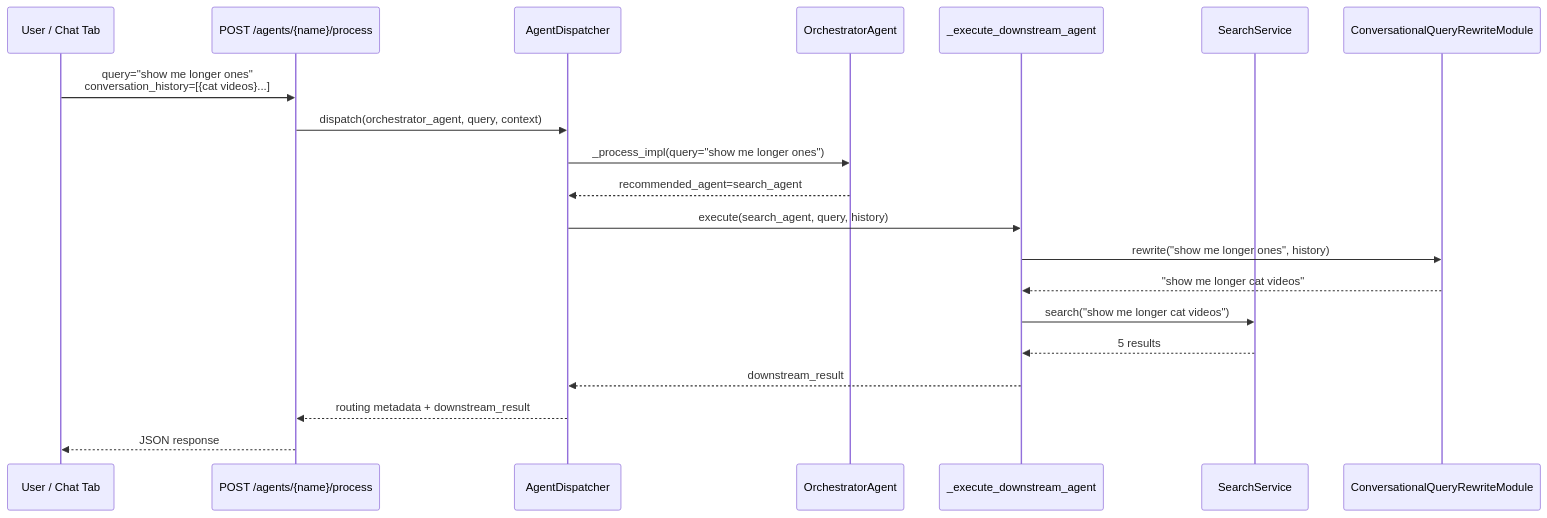
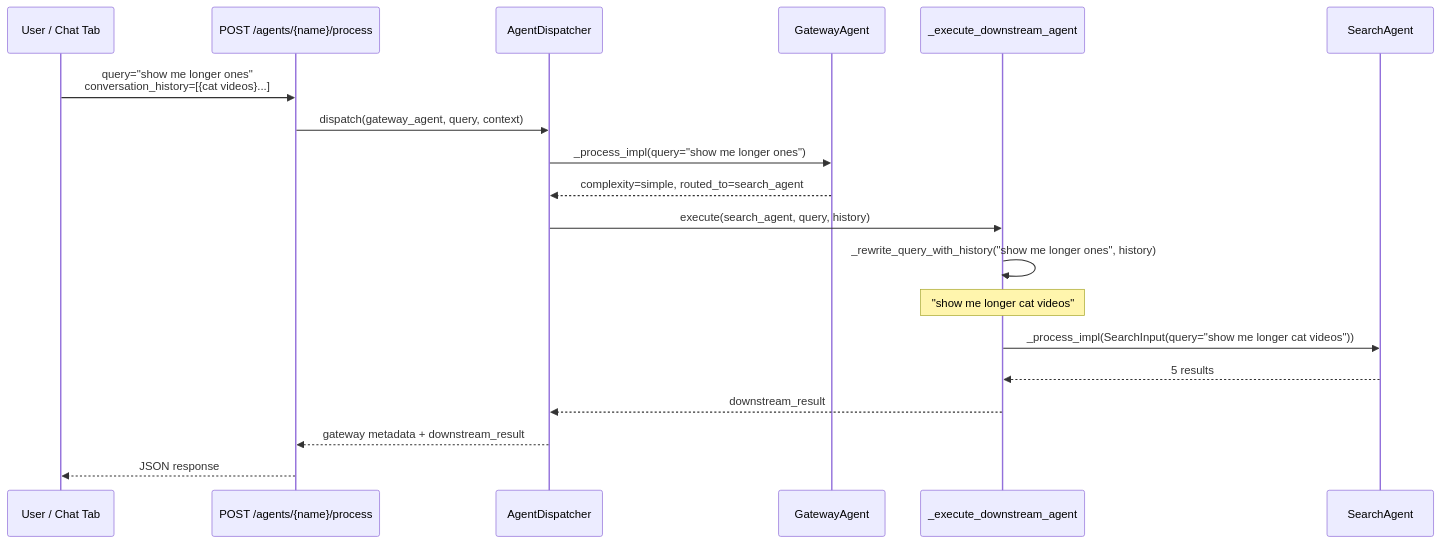
One commit to amit-jain/cogniverse changed the diagram in docs/architecture/code_flow_examples.md. Above: the diagram before and after it, drawn with Mermaid. The commit also changed other lines of this file and 19 other files, not shown here.

````diff
--- a/docs/architecture/code_flow_examples.md
+++ b/docs/architecture/code_flow_examples.md
@@ -227,24 +235,23 @@
 ```mermaid
 sequenceDiagram
     participant U as User / Chat Tab
     participant REST as POST /agents/{name}/process
     participant D as AgentDispatcher
-    participant R as OrchestratorAgent
+    participant G as GatewayAgent
     participant DDA as _execute_downstream_agent
-    participant S as SearchService
-    participant QR as ConversationalQueryRewriteModule
+    participant S as SearchAgent
 
     U->>REST: query="show me longer ones"<br/>conversation_history=[{cat videos}...]
-    REST->>D: dispatch(orchestrator_agent, query, context)
-    D->>R: _process_impl(query="show me longer ones")
-    R-->>D: recommended_agent=search_agent
+    REST->>D: dispatch(gateway_agent, query, context)
+    D->>G: _process_impl(query="show me longer ones")
+    G-->>D: complexity=simple, routed_to=search_agent
 
     D->>DDA: execute(search_agent, query, history)
-    DDA->>QR: rewrite("show me longer ones", history)
-    QR-->>DDA: "show me longer cat videos"
-    DDA->>S: search("show me longer cat videos")
+    DDA->>DDA: _rewrite_query_with_history("show me longer ones", history)
+    Note over DDA: "show me longer cat videos"
+    DDA->>S: _process_impl(SearchInput(query="show me longer cat videos"))
     S-->>DDA: 5 results
     DDA-->>D: downstream_result
-    D-->>REST: routing metadata + downstream_result
+    D-->>REST: gateway metadata + downstream_result
     REST-->>U: JSON response
 ```
````
